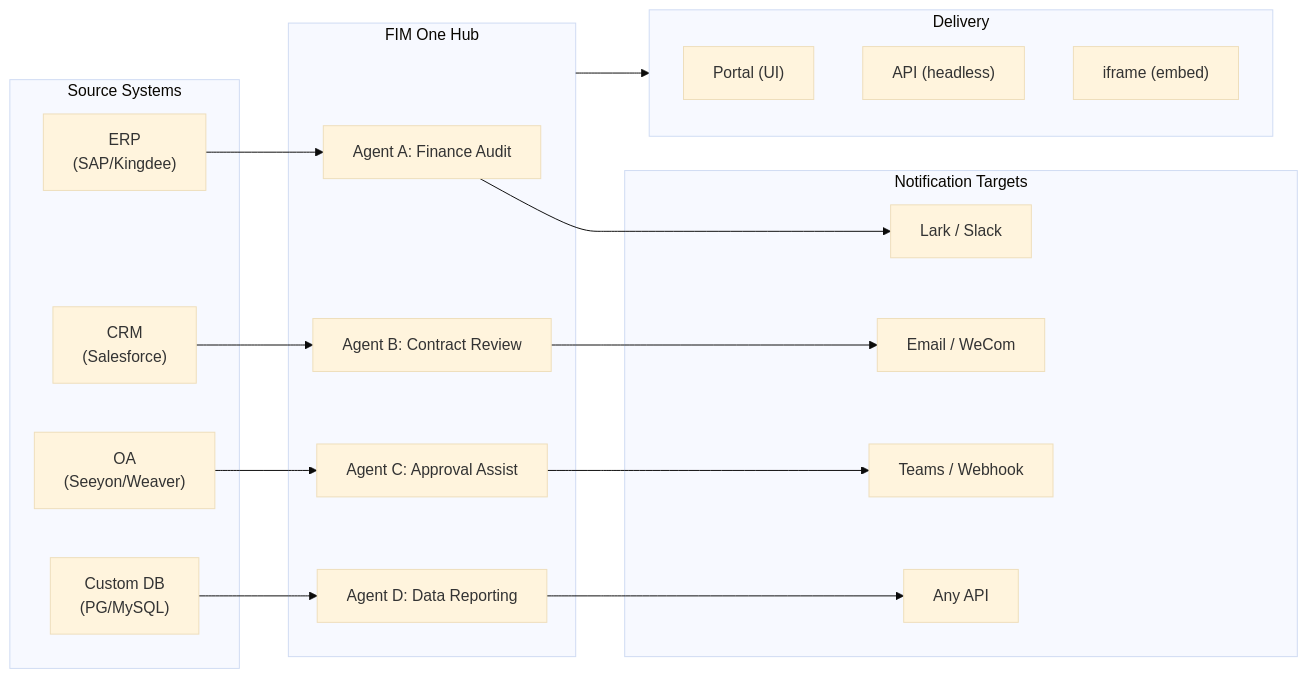
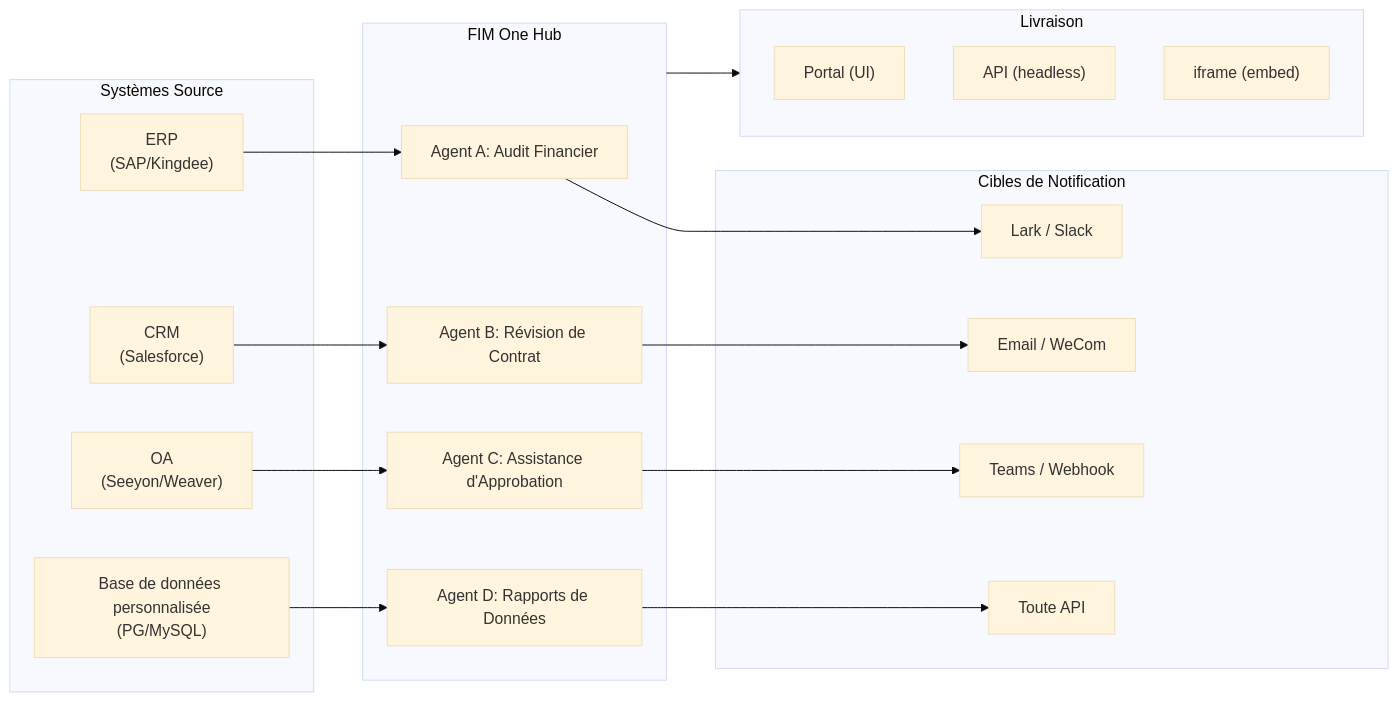
The diagram in docs/fr/roadmap.mdx (lucky20160622/fim-one), drawn with Mermaid (base theme) before and after one commit. The commit also changed other lines of this file and 141 other files, not shown here.

````diff
--- a/docs/fr/roadmap.mdx
+++ b/docs/fr/roadmap.mdx
@@ -20,35 +22,35 @@
 ```mermaid
 flowchart LR
-  subgraph Sources["Source Systems"]
+  subgraph Sources["Systèmes Source"]
     ERP["ERP<br/>(SAP/Kingdee)"]
     CRM["CRM<br/>(Salesforce)"]
     OA["OA<br/>(Seeyon/Weaver)"]
-    DB["Custom DB<br/>(PG/MySQL)"]
+    DB["Base de données personnalisée<br/>(PG/MySQL)"]
   end
 
   subgraph Hub["FIM One Hub"]
-    A["Agent A: Finance Audit"]
-    B["Agent B: Contract Review"]
-    C["Agent C: Approval Assist"]
-    D["Agent D: Data Reporting"]
+    A["Agent A: Audit Financier"]
+    B["Agent B: Révision de Contrat"]
+    C["Agent C: Assistance d'Approbation"]
+    D["Agent D: Rapports de Données"]
   end
 
-  subgraph Targets["Notification Targets"]
+  subgraph Targets["Cibles de Notification"]
     T1["Lark / Slack"]
     T2["Email / WeCom"]
     T3["Teams / Webhook"]
-    T4["Any API"]
+    T4["Toute API"]
   end
 
-  subgraph Delivery["Delivery"]
+  subgraph Delivery["Livraison"]
     Portal["Portal (UI)"]
     API["API (headless)"]
     Embed["iframe (embed)"]
   end
 
   ERP --> A --> T1
   CRM --> B --> T2
   OA --> C --> T3
   DB --> D --> T4
   Hub --> Delivery
 ```
````
